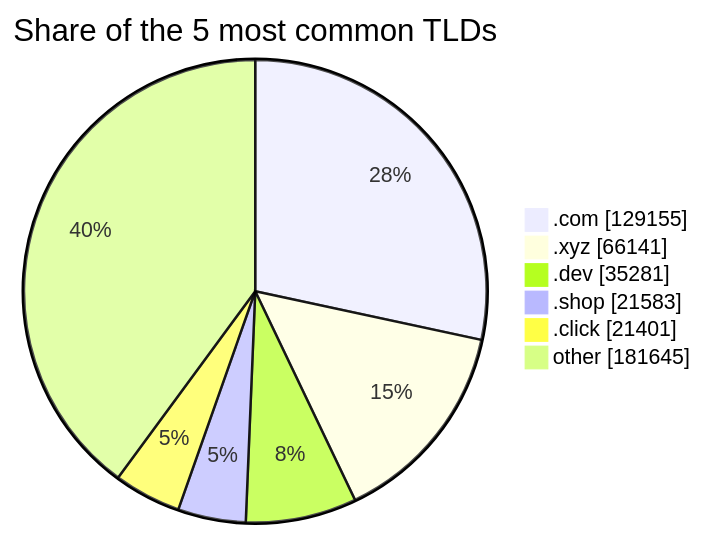
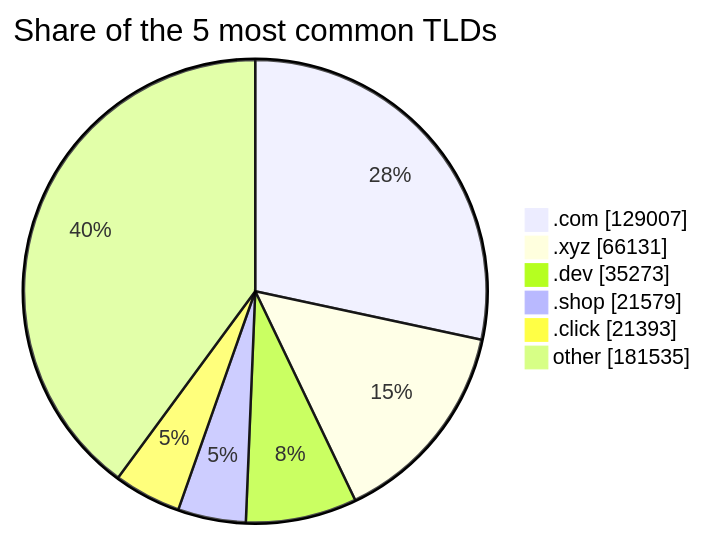
The third of 3 diagrams in README.md (DNSBunker/CTI), drawn with Mermaid before and after one commit. The commit also changed other lines of this file and 3 other files, not shown here.

````diff
--- a/README.md
+++ b/README.md
@@ -81,9 +81,9 @@
 ```mermaid
 pie showData title Share of the 5 most common TLDs
-    ".com" : 129155
-    ".xyz" : 66141
-    ".dev" : 35281
-    ".shop" : 21583
-    ".click" : 21401
-    "other" : 181645
+    ".com" : 129007
+    ".xyz" : 66131
+    ".dev" : 35273
+    ".shop" : 21579
+    ".click" : 21393
+    "other" : 181535
 ```
````
